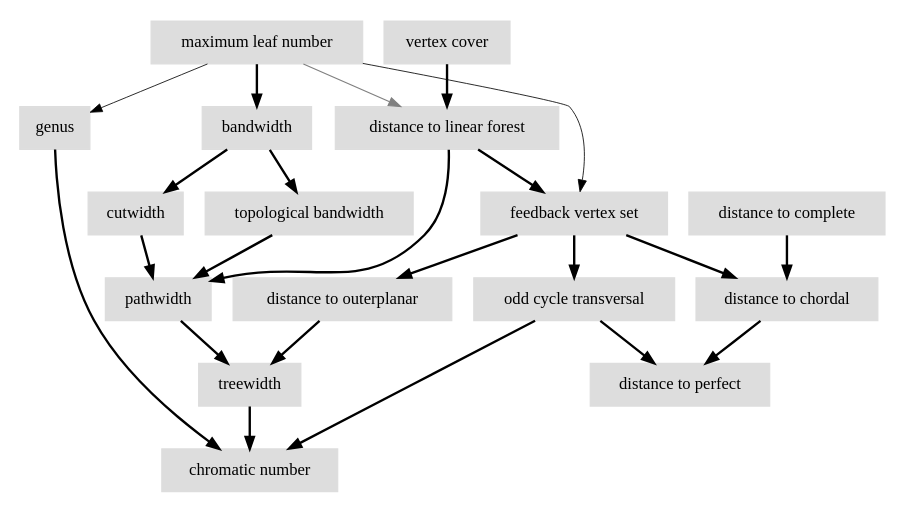
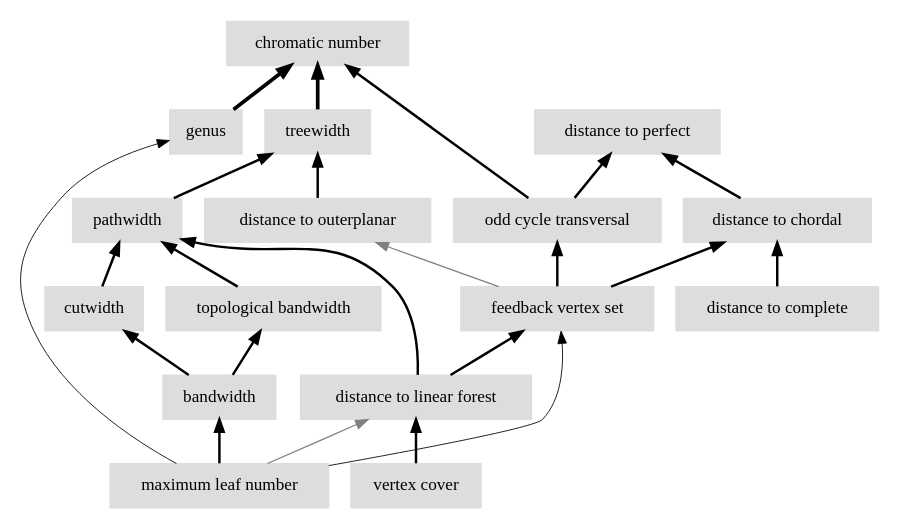
One commit to vaclavblazej/parameters changed the diagram in content/drawing_FLOjic_0.dot. Above: the diagram before and after it, drawn with Graphviz. The commit also changed 1013 other files, not shown here.

```diff
--- a/content/drawing_FLOjic_0.dot
+++ b/content/drawing_FLOjic_0.dot
@@ -1,42 +1,43 @@
 digraph drawing_FLOjic_0 {
 	node [color=lightblue2 style=filled]
 	margin=0.04 size="6,6"
+	rankdir = BT
+	"n_5Q7fuR" [label="treewidth" URL="/parameters/html/5Q7fuR" color="#dddddd" shape=box]
 	"n_gbaHdw" [label="genus" URL="/parameters/html/gbaHdw" color="#dddddd" shape=box]
+	"n_kJZKgd" [label="distance to perfect" URL="/parameters/html/kJZKgd" color="#dddddd" shape=box]
+	"n_GNOiyB" [label="feedback vertex set" URL="/parameters/html/GNOiyB" color="#dddddd" shape=box]
+	"n_w7MmyW" [label="chromatic number" URL="/parameters/html/w7MmyW" color="#dddddd" shape=box]
+	"n_TLx1pz" [label="cutwidth" URL="/parameters/html/TLx1pz" color="#dddddd" shape=box]
+	"n_SnA7Eq" [label="topological bandwidth" URL="/parameters/html/SnA7Eq" color="#dddddd" shape=box]
+	"n_VHClqR" [label="pathwidth" URL="/parameters/html/VHClqR" color="#dddddd" shape=box]
+	"n_4lp9Yj" [label="vertex cover" URL="/parameters/html/4lp9Yj" color="#dddddd" shape=box]
+	"n_yk7XP0" [label="distance to linear forest" URL="/parameters/html/yk7XP0" color="#dddddd" shape=box]
+	"n_Ve5ruW" [label="odd cycle transversal" URL="/parameters/html/Ve5ruW" color="#dddddd" shape=box]
+	"n_lPHVWU" [label="distance to outerplanar" URL="/parameters/html/lPHVWU" color="#dddddd" shape=box]
+	"n_OdZQna" [label="distance to chordal" URL="/parameters/html/OdZQna" color="#dddddd" shape=box]
 	"n_BN92vX" [label="maximum leaf number" URL="/parameters/html/BN92vX" color="#dddddd" shape=box]
-	"n_TLx1pz" [label="cutwidth" URL="/parameters/html/TLx1pz" color="#dddddd" shape=box]
-	"n_Ve5ruW" [label="odd cycle transversal" URL="/parameters/html/Ve5ruW" color="#dddddd" shape=box]
 	"n_2LDMQ6" [label="distance to complete" URL="/parameters/html/2LDMQ6" color="#dddddd" shape=box]
-	"n_5Q7fuR" [label="treewidth" URL="/parameters/html/5Q7fuR" color="#dddddd" shape=box]
-	"n_lPHVWU" [label="distance to outerplanar" URL="/parameters/html/lPHVWU" color="#dddddd" shape=box]
 	"n_aP5a38" [label="bandwidth" URL="/parameters/html/aP5a38" color="#dddddd" shape=box]
-	"n_SnA7Eq" [label="topological bandwidth" URL="/parameters/html/SnA7Eq" color="#dddddd" shape=box]
-	"n_kJZKgd" [label="distance to perfect" URL="/parameters/html/kJZKgd" color="#dddddd" shape=box]
-	"n_yk7XP0" [label="distance to linear forest" URL="/parameters/html/yk7XP0" color="#dddddd" shape=box]
-	"n_w7MmyW" [label="chromatic number" URL="/parameters/html/w7MmyW" color="#dddddd" shape=box]
-	"n_VHClqR" [label="pathwidth" URL="/parameters/html/VHClqR" color="#dddddd" shape=box]
-	"n_GNOiyB" [label="feedback vertex set" URL="/parameters/html/GNOiyB" color="#dddddd" shape=box]
-	"n_4lp9Yj" [label="vertex cover" URL="/parameters/html/4lp9Yj" color="#dddddd" shape=box]
-	"n_OdZQna" [label="distance to chordal" URL="/parameters/html/OdZQna" color="#dddddd" shape=box]
-	"n_TLx1pz" -> "n_VHClqR" [label="" decorate=true lblstyle="above, sloped" weight="100" penwidth="2.0"]
-	"n_2LDMQ6" -> "n_OdZQna" [label="" decorate=true lblstyle="above, sloped" weight="100" penwidth="2.0"]
-	"n_OdZQna" -> "n_kJZKgd" [label="" decorate=true lblstyle="above, sloped" weight="100" penwidth="2.0"]
-	"n_Ve5ruW" -> "n_kJZKgd" [label="" decorate=true lblstyle="above, sloped" weight="100" penwidth="2.0"]
-	"n_gbaHdw" -> "n_w7MmyW" [label="" decorate=true lblstyle="above, sloped" weight="100" penwidth="2.0"]
-	"n_yk7XP0" -> "n_GNOiyB" [label="" decorate=true lblstyle="above, sloped" weight="100" penwidth="2.0"]
-	"n_GNOiyB" -> "n_lPHVWU" [label="" decorate=true lblstyle="above, sloped" weight="100" penwidth="2.0"]
-	"n_GNOiyB" -> "n_OdZQna" [label="" decorate=true lblstyle="above, sloped" weight="100" penwidth="2.0"]
-	"n_BN92vX" -> "n_aP5a38" [label="" decorate=true lblstyle="above, sloped" weight="100" penwidth="2.0"]
+	"n_lPHVWU" -> "n_5Q7fuR" [label="" decorate=true lblstyle="above, sloped" weight="100" penwidth="2.0"]
+	"n_4lp9Yj" -> "n_yk7XP0" [label="" decorate=true lblstyle="above, sloped" weight="100" penwidth="2.0"]
+	"n_BN92vX" -> "n_yk7XP0" [label="" decorate=true lblstyle="above, sloped" color="gray" weight="1"]
 	"n_VHClqR" -> "n_5Q7fuR" [label="" decorate=true lblstyle="above, sloped" weight="100" penwidth="2.0"]
 	"n_BN92vX" -> "n_GNOiyB" [label="" decorate=true lblstyle="above, sloped" weight="20" penwidth="0.7"]
-	"n_lPHVWU" -> "n_5Q7fuR" [label="" decorate=true lblstyle="above, sloped" weight="100" penwidth="2.0"]
+	"n_2LDMQ6" -> "n_OdZQna" [label="" decorate=true lblstyle="above, sloped" weight="100" penwidth="2.0"]
+	"n_Ve5ruW" -> "n_kJZKgd" [label="" decorate=true lblstyle="above, sloped" weight="100" penwidth="2.0"]
+	"n_5Q7fuR" -> "n_w7MmyW" [label="" decorate=true lblstyle="above, sloped" weight="100" penwidth="3.0"]
+	"n_Ve5ruW" -> "n_w7MmyW" [label="" decorate=true lblstyle="above, sloped" weight="100" penwidth="2.0"]
+	"n_OdZQna" -> "n_kJZKgd" [label="" decorate=true lblstyle="above, sloped" weight="100" penwidth="2.0"]
+	"n_BN92vX" -> "n_gbaHdw" [label="" decorate=true lblstyle="above, sloped" weight="20" penwidth="0.7"]
+	"n_yk7XP0" -> "n_GNOiyB" [label="" decorate=true lblstyle="above, sloped" weight="100" penwidth="2.0"]
 	"n_yk7XP0" -> "n_VHClqR" [label="" decorate=true lblstyle="above, sloped" weight="100" penwidth="2.0"]
-	"n_BN92vX" -> "n_gbaHdw" [label="" decorate=true lblstyle="above, sloped" weight="20" penwidth="0.7"]
-	"n_5Q7fuR" -> "n_w7MmyW" [label="" decorate=true lblstyle="above, sloped" weight="100" penwidth="2.0"]
-	"n_BN92vX" -> "n_yk7XP0" [label="" decorate=true lblstyle="above, sloped" color="gray" weight="1"]
-	"n_aP5a38" -> "n_SnA7Eq" [label="" decorate=true lblstyle="above, sloped" weight="100" penwidth="2.0"]
 	"n_SnA7Eq" -> "n_VHClqR" [label="" decorate=true lblstyle="above, sloped" weight="100" penwidth="2.0"]
-	"n_4lp9Yj" -> "n_yk7XP0" [label="" decorate=true lblstyle="above, sloped" weight="100" penwidth="2.0"]
+	"n_GNOiyB" -> "n_lPHVWU" [label="" decorate=true lblstyle="above, sloped" color="gray" weight="1"]
 	"n_aP5a38" -> "n_TLx1pz" [label="" decorate=true lblstyle="above, sloped" weight="100" penwidth="2.0"]
 	"n_GNOiyB" -> "n_Ve5ruW" [label="" decorate=true lblstyle="above, sloped" weight="100" penwidth="2.0"]
-	"n_Ve5ruW" -> "n_w7MmyW" [label="" decorate=true lblstyle="above, sloped" weight="100" penwidth="2.0"]
+	"n_GNOiyB" -> "n_OdZQna" [label="" decorate=true lblstyle="above, sloped" weight="100" penwidth="2.0"]
+	"n_TLx1pz" -> "n_VHClqR" [label="" decorate=true lblstyle="above, sloped" weight="100" penwidth="2.0"]
+	"n_gbaHdw" -> "n_w7MmyW" [label="" decorate=true lblstyle="above, sloped" weight="100" penwidth="3.0"]
+	"n_aP5a38" -> "n_SnA7Eq" [label="" decorate=true lblstyle="above, sloped" weight="100" penwidth="2.0"]
+	"n_BN92vX" -> "n_aP5a38" [label="" decorate=true lblstyle="above, sloped" weight="100" penwidth="2.0"]
 }
```
